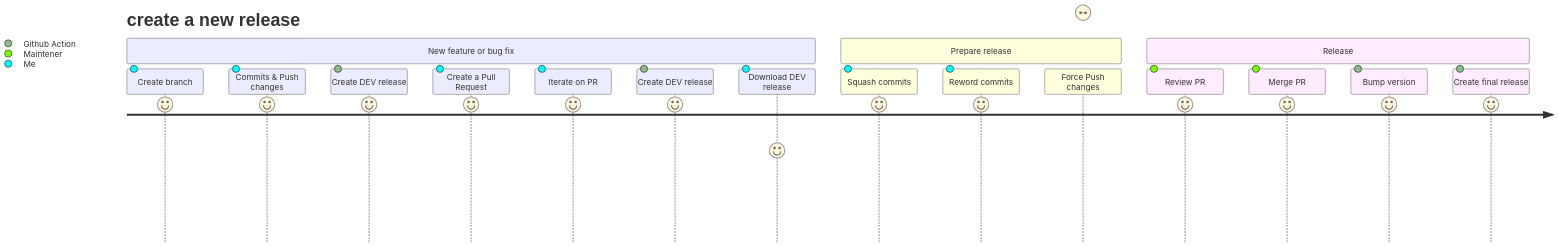
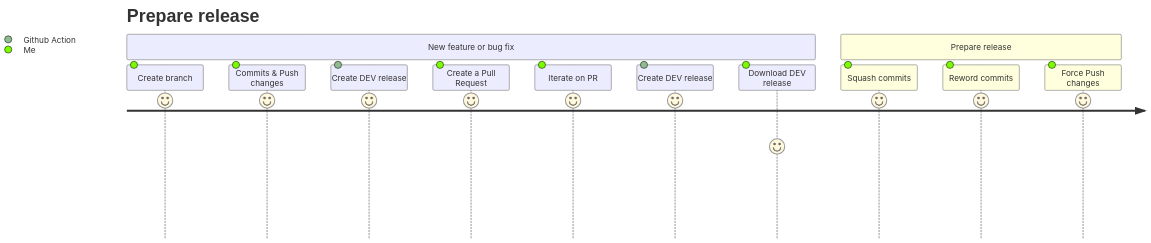
The first of 3 diagrams in CONTRIBUTING.md (orange-cloudfoundry/k3s-wrapper-boshrelease), drawn with Mermaid before and after one commit. The commit also changed other lines of this file, not shown here.

````diff
--- a/CONTRIBUTING.md
+++ b/CONTRIBUTING.md
@@ -6,21 +9,17 @@
 ```mermaid
 journey
-    title create a new release
+    title Contributing for a new release 
     section New feature or bug fix
         Create branch: 9: Me
         Commits & Push changes: 9: Me
         Create DEV release: 9: Github Action
         Create a Pull Request: 9: Me
         Iterate on PR: 9: Me
         Create DEV release: 9: Github Action
         Download DEV release: 6: Me
+    title Prepare release
     section Prepare release
         Squash commits: 9: Me
         Reword commits: 9: Me
-        Force Push changes: 9 Me
-    section Release
-        Review PR: 9: Maintener
-        Merge PR: 9: Maintener  
-        Bump version: 9: Github Action
-        Create final release: 9: Github Action
+        Force Push changes: 9: Me
 ```
````
